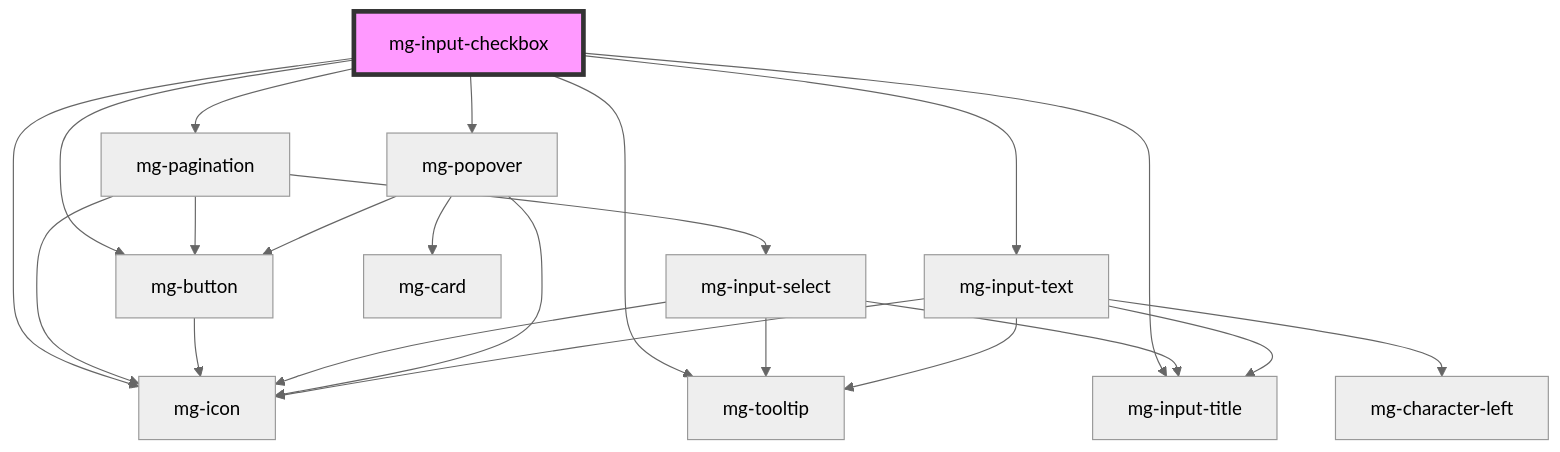
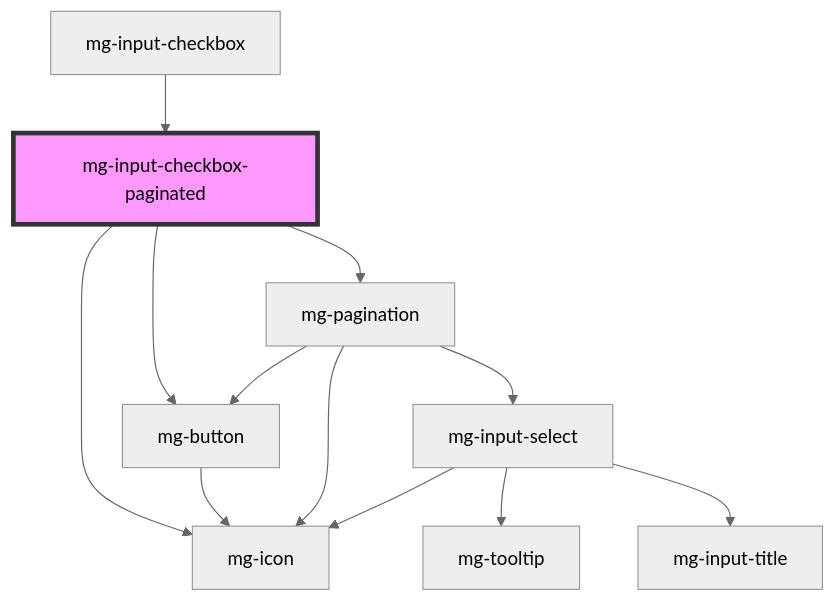
One commit to MGDIS/core-ui changed the diagram in packages/mg-components/src/components/molecules/inputs/mg-input-checkbox/readme.md. Above: the diagram before and after it, drawn with Mermaid (neutral theme). The commit also changed other lines of this file and 32 other files, not shown here.

First line of the commit message:
feat(mgInputCheckbox): init section on component

````diff
--- a/packages/mg-components/src/components/molecules/inputs/mg-input-checkbox/readme.md
+++ b/packages/mg-components/src/components/molecules/inputs/mg-input-checkbox/readme.md
@@ -150,25 +126,15 @@
 ```mermaid
 graph TD;
-  mg-input-checkbox --> mg-pagination
-  mg-input-checkbox --> mg-button
-  mg-input-checkbox --> mg-icon
-  mg-input-checkbox --> mg-popover
-  mg-input-checkbox --> mg-input-text
-  mg-input-checkbox --> mg-tooltip
-  mg-input-checkbox --> mg-input-title
+  mg-input-checkbox-paginated --> mg-button
+  mg-input-checkbox-paginated --> mg-icon
+  mg-input-checkbox-paginated --> mg-pagination
+  mg-button --> mg-icon
   mg-pagination --> mg-button
   mg-pagination --> mg-icon
   mg-pagination --> mg-input-select
-  mg-button --> mg-icon
   mg-input-select --> mg-tooltip
   mg-input-select --> mg-icon
   mg-input-select --> mg-input-title
-  mg-popover --> mg-card
-  mg-popover --> mg-button
-  mg-popover --> mg-icon
-  mg-input-text --> mg-icon
-  mg-input-text --> mg-character-left
-  mg-input-text --> mg-tooltip
-  mg-input-text --> mg-input-title
-  style mg-input-checkbox fill:#f9f,stroke:#333,stroke-width:4px
+  mg-input-checkbox --> mg-input-checkbox-paginated
+  style mg-input-checkbox-paginated fill:#f9f,stroke:#333,stroke-width:4px
 ```
````
